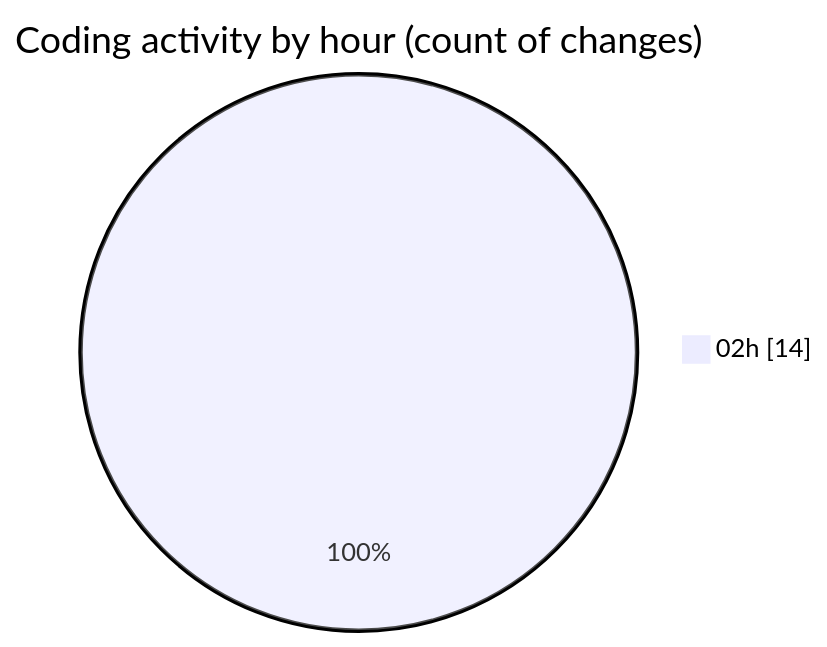
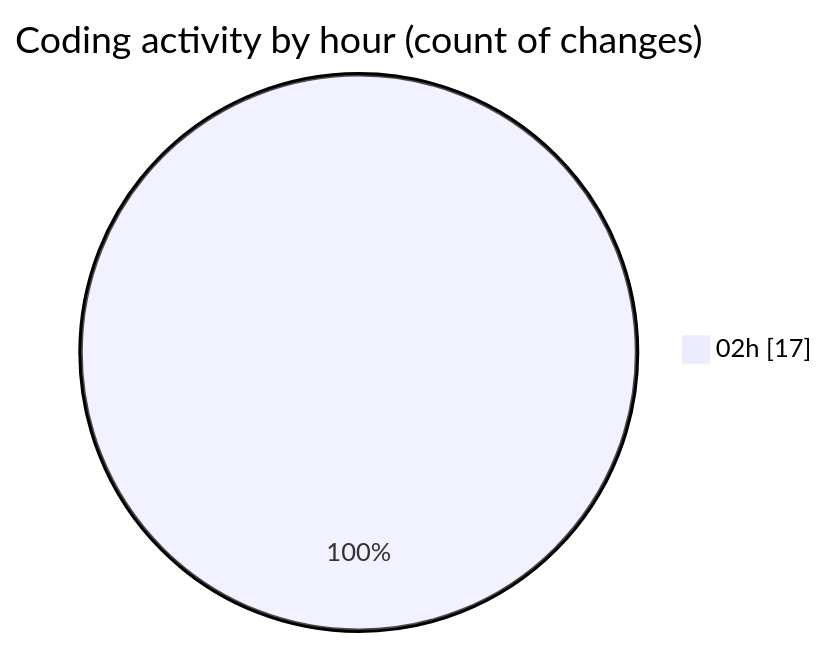
Before and after one commit to lephambinh05/code-tracking: the second of 2 diagrams in 2025-07-23/quanlyrapchieuphim/README.md, drawn with Mermaid. The commit also changed other lines of this file and 1 other file, not shown here.

````diff
--- a/2025-07-23/quanlyrapchieuphim/README.md
+++ b/2025-07-23/quanlyrapchieuphim/README.md
@@ -33,5 +34,5 @@
 ```mermaid
 pie showData
 title Coding activity by hour (count of changes)
-"02h" : 14
+"02h" : 17
 ```
````
